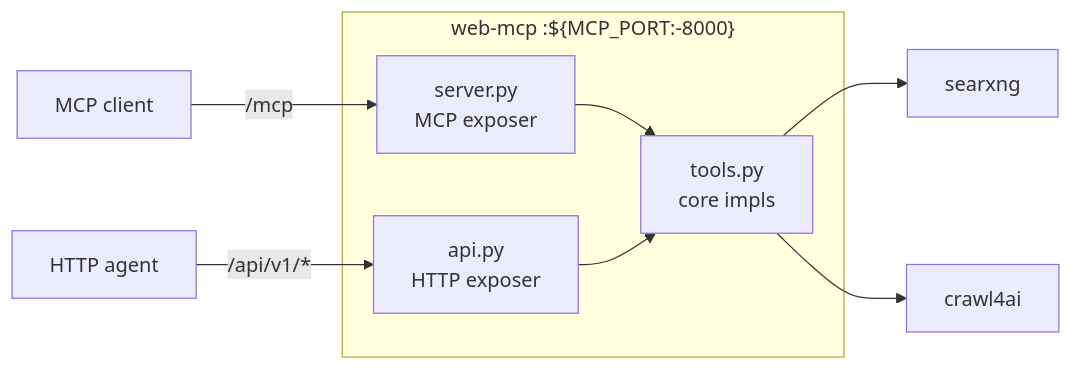
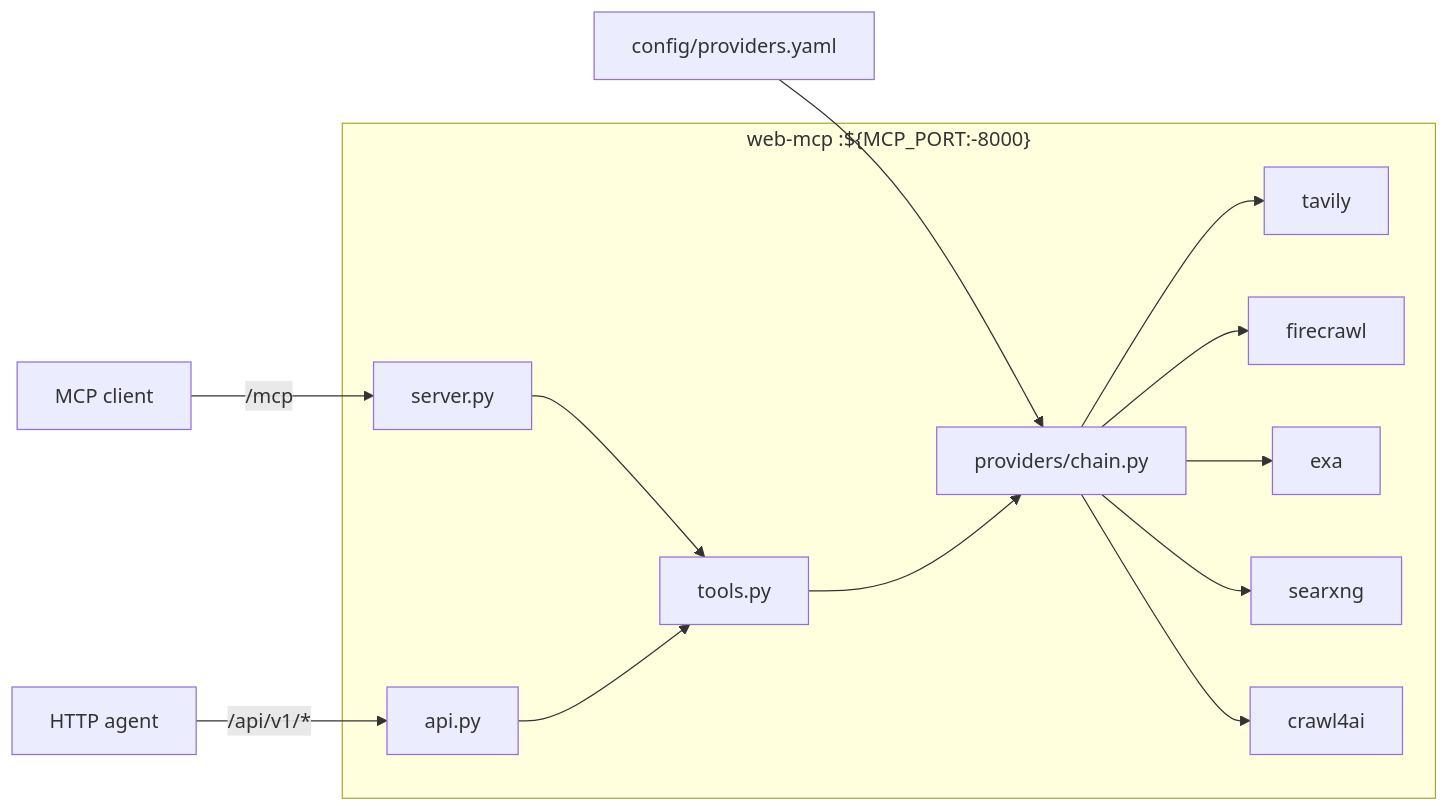
Before and after one commit to datvietvac-techhub/agent-web-tool-mcp: the first of 3 diagrams in docs/architecture.md, drawn with Mermaid. The commit also changed other lines of this file and 31 other files, not shown here.

````diff
--- a/docs/architecture.md
+++ b/docs/architecture.md
@@ -24,19 +27,29 @@
 ```mermaid
 flowchart LR
     AgentMCP["MCP client"]
     AgentHTTP["HTTP agent"]
+    YAML["config/providers.yaml"]
     subgraph webMcp ["web-mcp :${MCP_PORT:-8000}"]
-        Server["server.py\nMCP exposer"]
-        API["api.py\nHTTP exposer"]
-        Tools["tools.py\ncore impls"]
+        Server["server.py"]
+        API["api.py"]
+        Tools["tools.py"]
+        Chain["providers/chain.py"]
+        Tavily["tavily"]
+        Firecrawl["firecrawl"]
+        Exa["exa"]
+        SearXNG["searxng"]
+        Crawl4AI["crawl4ai"]
     end
-    SearXNG["searxng"]
-    Crawl4AI["crawl4ai"]
 
     AgentMCP -->|"/mcp"| Server
     AgentHTTP -->|"/api/v1/*"| API
+    YAML --> Chain
     Server --> Tools
     API --> Tools
-    Tools --> SearXNG
-    Tools --> Crawl4AI
+    Tools --> Chain
+    Chain --> Tavily
+    Chain --> Firecrawl
+    Chain --> Exa
+    Chain --> SearXNG
+    Chain --> Crawl4AI
 ```
````
